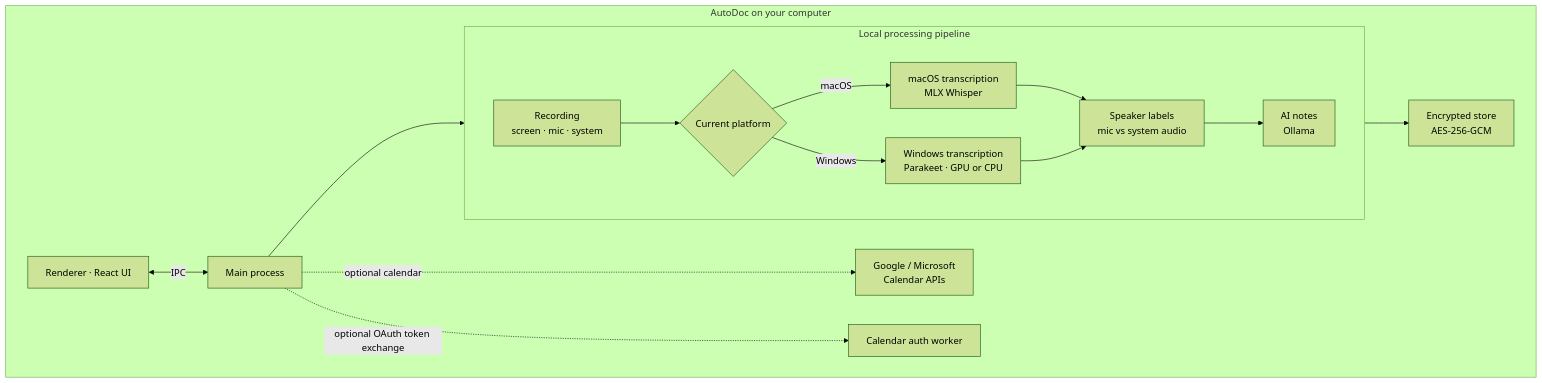
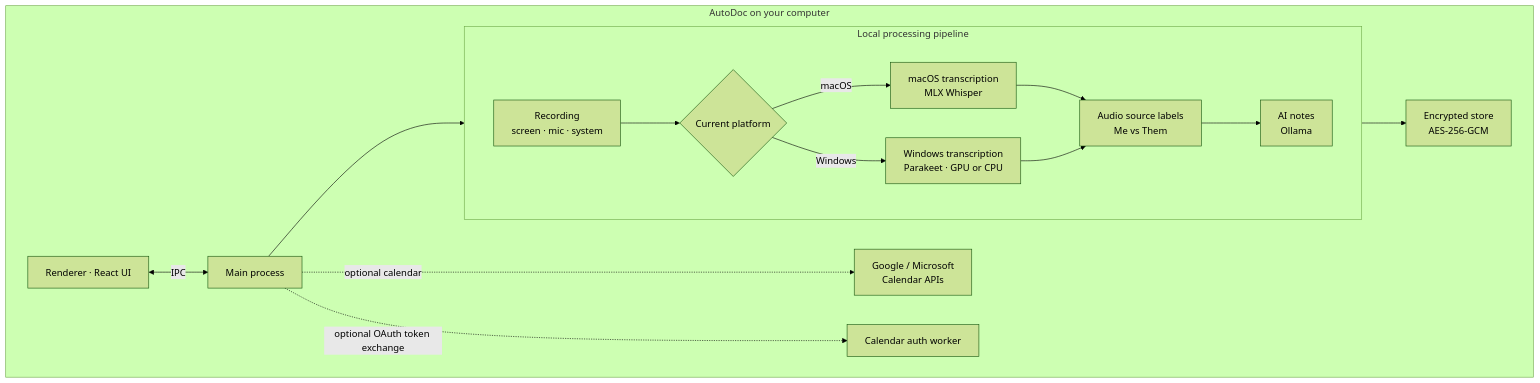
Before and after one commit to DuetDisplay/AutoDoc: the diagram in README.md, drawn with Mermaid (forest theme). The commit also changed other lines of this file and 13 other files, not shown here.

````diff
--- a/README.md
+++ b/README.md
@@ -199,28 +223,28 @@
 ```mermaid
 flowchart TB
   subgraph app["AutoDoc on your computer"]
     UI["Renderer · React UI"] <-->|IPC| Main["Main process"]
 
     subgraph pipeline["Local processing pipeline"]
       direction LR
       Rec["Recording<br/>screen · mic · system"]
       Platform{"Current platform"}
       MacTrans["macOS transcription<br/>MLX Whisper"]
       WinTrans["Windows transcription<br/>Parakeet · GPU or CPU"]
-      Labels["Speaker labels<br/>mic vs system audio"]
+      Labels["Audio source labels<br/>Me vs Them"]
       Notes["AI notes<br/>Ollama"]
     end
 
     Main --> Rec
     Rec --> Platform
     Platform -->|macOS| MacTrans
     Platform -->|Windows| WinTrans
     MacTrans --> Labels
     WinTrans --> Labels
     Labels --> Notes
     Notes --> Store["Encrypted store<br/>AES-256-GCM"]
 
     Main -.->|"optional calendar"| Cal["Google / Microsoft<br/>Calendar APIs"]
     Main -.->|"optional OAuth token exchange"| Auth["Calendar auth worker"]
   end
 ```
````
